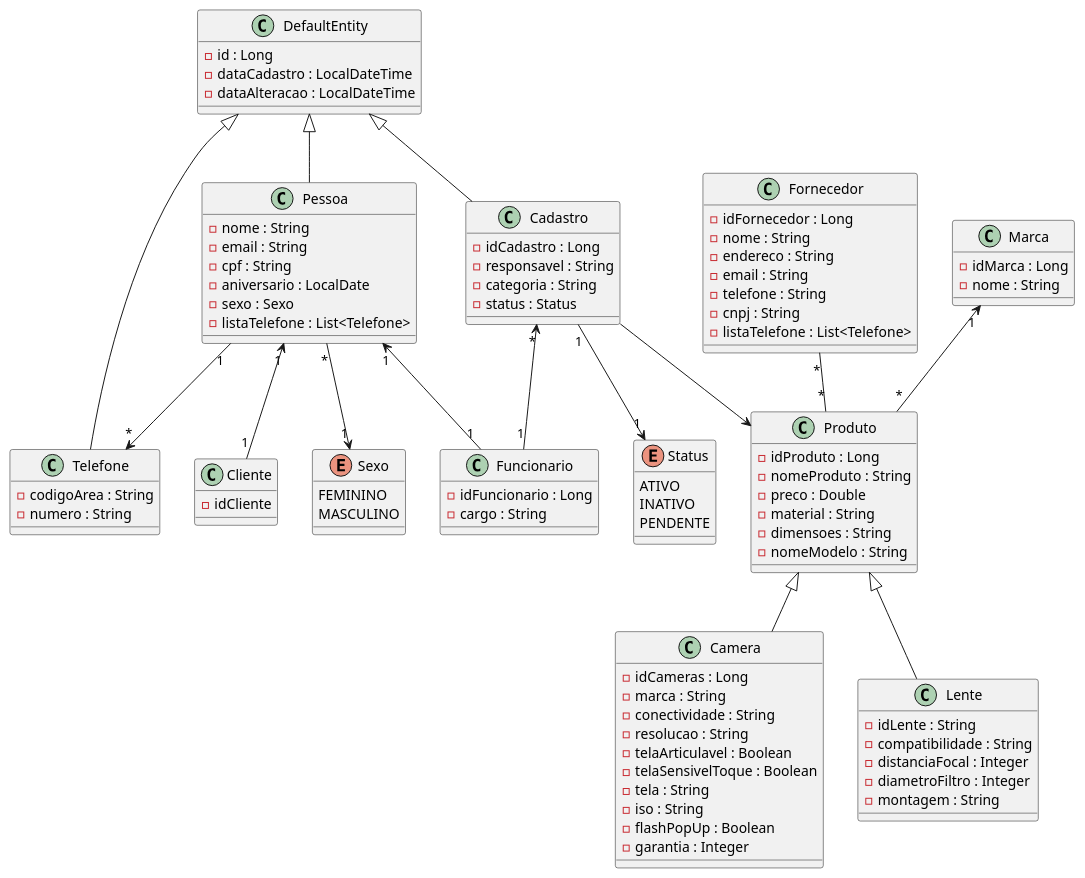
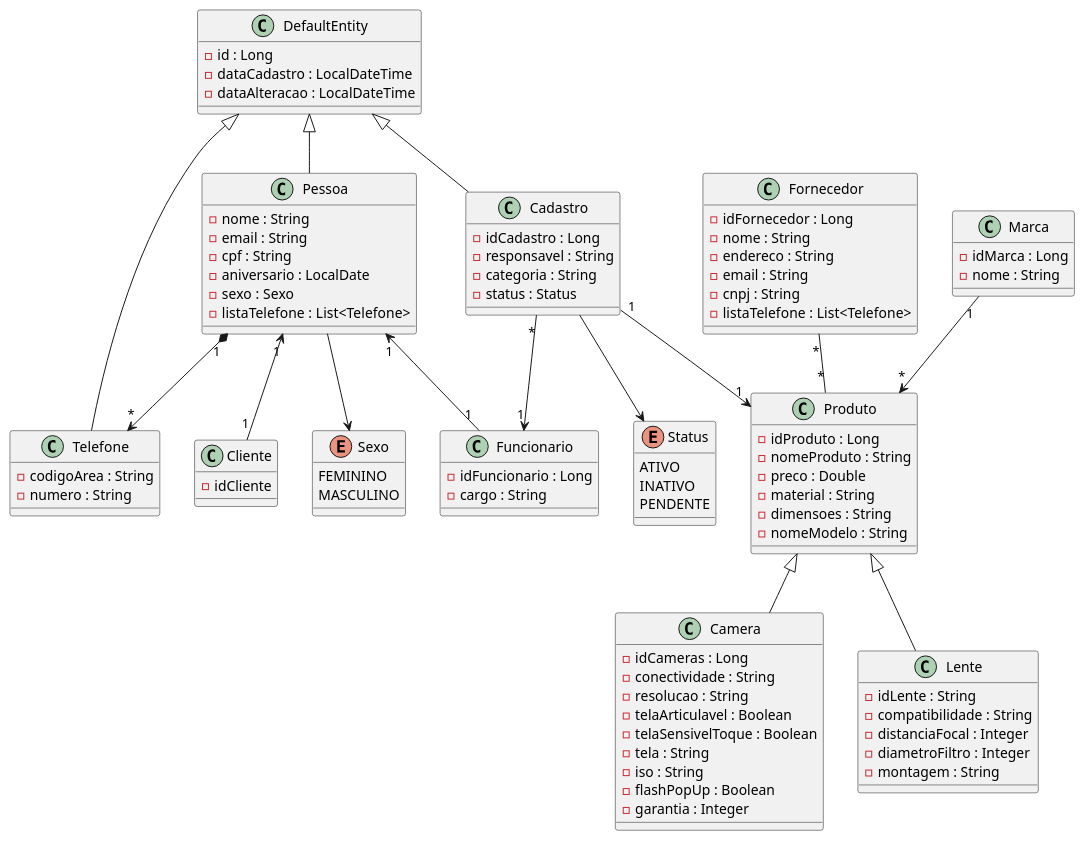
Before and after one commit to HugoValuar03/ecommerce: the diagram in src/main/java/br/unitins/topicos1/UML/modelo.plantuml, drawn with PlantUML.

Commit message:
atualizando detalhes do UML

```diff
--- a/src/main/java/br/unitins/topicos1/UML/modelo.plantuml
+++ b/src/main/java/br/unitins/topicos1/UML/modelo.plantuml
@@ -1,115 +1,113 @@
 @startuml ecommerce
 class Pessoa{
   - nome : String
   - email : String
   - cpf : String
   - aniversario : LocalDate
   - sexo : Sexo
   - listaTelefone : List<Telefone>
 }
 
-Pessoa "1" --> "*" Telefone
+Pessoa "1" *--> "*" Telefone
 
 class Cadastro{
   - idCadastro : Long
   - responsavel : String
   - categoria : String
   - status : Status 
 }
 
 DefaultEntity <|-- Cadastro
 
 Enum Status{
   ATIVO
   INATIVO
   PENDENTE
 }
 
-Cadastro "1" --> "1" Status
-Cadastro "*" <-- "1" Funcionario
-Cadastro --> Produto
+Cadastro --> Status
+Cadastro "*" --> "1" Funcionario
+Cadastro "1" --> "1" Produto
 
 class Funcionario{
   - idFuncionario : Long
   - cargo : String 
 }
 
 class Cliente{
   - idCliente
 }
 
 Pessoa "1" <-- "1" Funcionario
 Pessoa "1" <-- "1" Cliente
 
 Enum Sexo{
   FEMININO
   MASCULINO
 }
 
-Pessoa "*"-->"1" Sexo
+Pessoa --> Sexo
 
 class Fornecedor{
   - idFornecedor : Long
   - nome : String
   - endereco : String 
   - email : String
-  - telefone : String
   - cnpj : String
   - listaTelefone : List<Telefone>
 }
 
 class Produto{
   - idProduto : Long
   - nomeProduto : String
   - preco : Double
   - material : String
   - dimensoes : String
   - nomeModelo : String
 }
 
 class Camera{
   - idCameras : Long
-  - marca : String
   - conectividade : String
   - resolucao : String
   - telaArticulavel : Boolean
   - telaSensivelToque : Boolean
   - tela : String
   - iso : String
   - flashPopUp : Boolean
   - garantia : Integer
 }
 
 class Marca{
   - idMarca : Long
   - nome : String
 }
 
-Marca "1" <-- "*" Produto
+Marca "1" --> "*" Produto
 
 class Lente{
   - idLente : String
   - compatibilidade : String
   - distanciaFocal : Integer
   - diametroFiltro : Integer
   - montagem : String
 }
 
 class DefaultEntity{
   - id : Long
   - dataCadastro : LocalDateTime
   - dataAlteracao : LocalDateTime
 }
 
 class Telefone{
   - codigoArea : String
   - numero : String
 }
 
 DefaultEntity <|-- Telefone
 DefaultEntity <|-- Pessoa
 
 Fornecedor "*" -- "*" Produto
 Produto <|-- Camera
 Produto <|-- Lente
 @enduml
```
